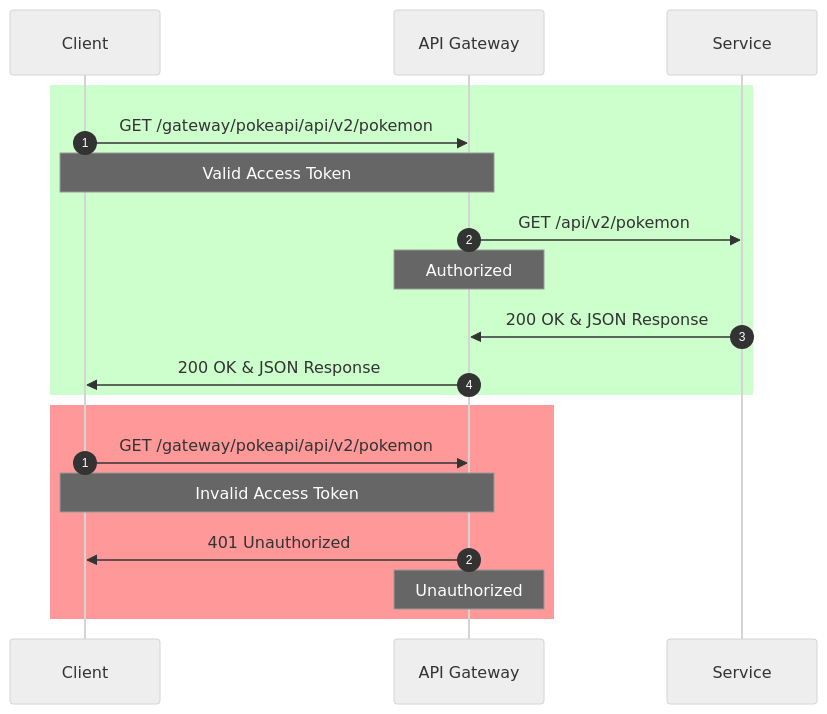
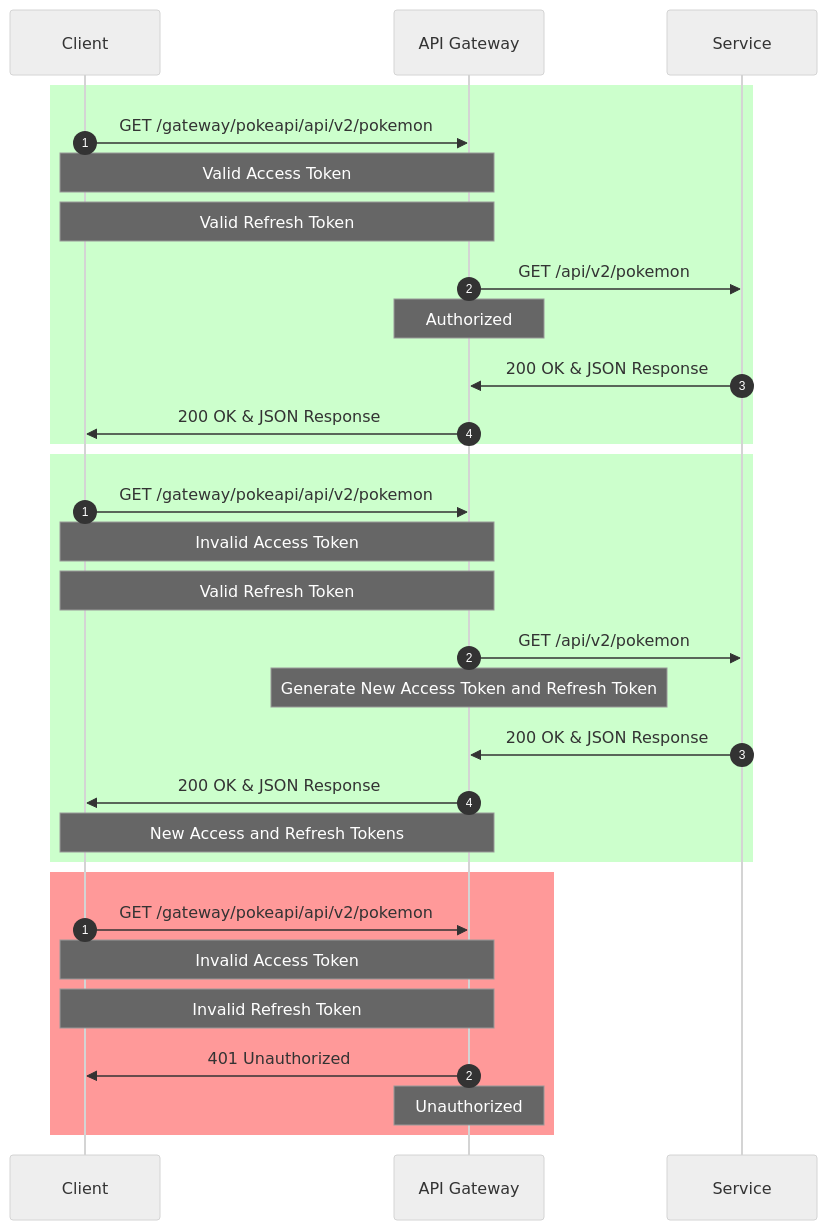
The diagram in README.md (santichoks/stc-auth-service), drawn with Mermaid (neutral theme) before and after one commit.

````diff
--- a/README.md
+++ b/README.md
@@ -393,24 +393,38 @@
   ```mermaid
   sequenceDiagram
     participant C as Client
     participant G as API Gateway
     participant S as Service
 
     rect rgb(204, 255, 204)
     autonumber 1
     C->>G: GET /gateway/pokeapi/api/v2/pokemon
     note over C, G: Valid Access Token
+    note over C, G: Valid Refresh Token
     G->>S: GET /api/v2/pokemon
     note over G: Authorized
     S->>G: 200 OK & JSON Response
     G->>C: 200 OK & JSON Response
     end
 
+    rect rgb(204, 255, 204)
+    autonumber 1
+    C->>G: GET /gateway/pokeapi/api/v2/pokemon
+    note over C, G: Invalid Access Token
+    note over C, G: Valid Refresh Token
+    G->>S: GET /api/v2/pokemon
+    note over G: Generate New Access Token and Refresh Token
+    S->>G: 200 OK & JSON Response
+    G->>C: 200 OK & JSON Response
+    note over C, G: New Access and Refresh Tokens
+    end
+
     rect rgb(255, 153, 153)
     autonumber 1
     C->>G: GET /gateway/pokeapi/api/v2/pokemon
     note over C, G: Invalid Access Token
+    note over C, G: Invalid Refresh Token
     G->>C: 401 Unauthorized
     note over G: Unauthorized
     end
   ```
````
